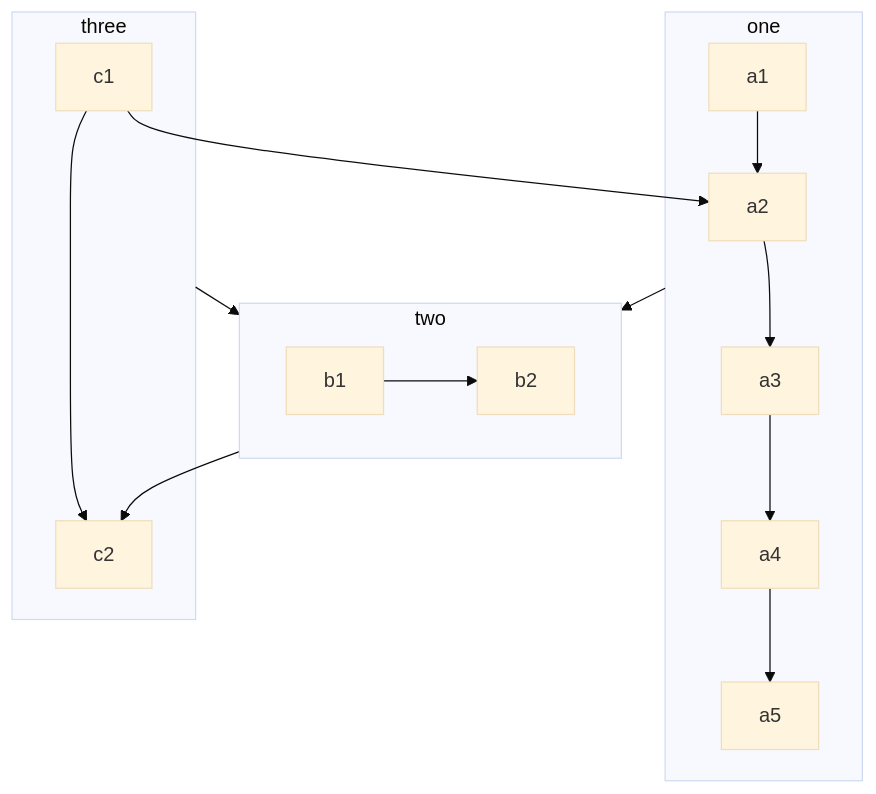
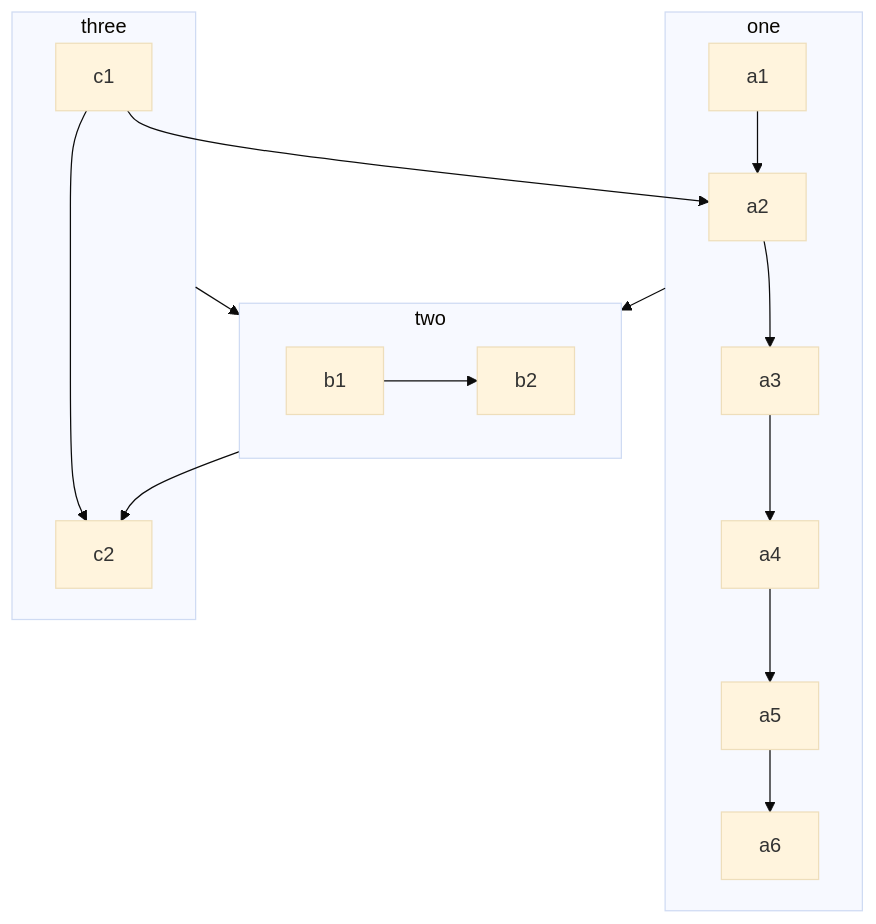
The diagram in flowchart.mmd (rhoenkelevra/pre_commit), drawn with Mermaid (base theme) before and after one commit. The commit also changed 1 other file, not shown here.

Commit message:
added new item to chart4

```diff
--- a/flowchart.mmd
+++ b/flowchart.mmd
@@ -1,17 +1,18 @@
 flowchart TB
     c1-->a2
     subgraph one
     a1-->a2
     a2-->a3
     a3-->a4
     a4-->a5
+    a5-->a6 
     end
     subgraph two
     b1-->b2
     end
     subgraph three
     c1-->c2
     end
     one --> two
     three --> two
     two --> c2
```
